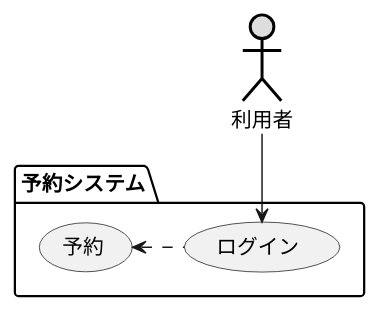
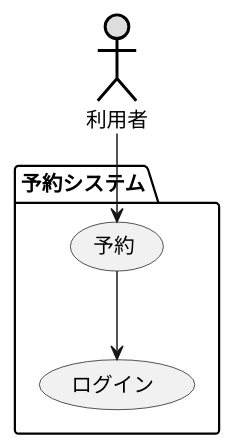
Before and after one commit to github-use-a/uml-introduction: the diagram in 演習2-3_ホテル宿泊予約.pu, drawn with PlantUML.

Commit message:
作成

```diff
--- a/演習2-3_ホテル宿泊予約.pu
+++ b/演習2-3_ホテル宿泊予約.pu
@@ -1,10 +1,10 @@
 @startuml ユースケース図
 ' left to right direction
 actor 利用者#DDDDDD;line:black;line.bold;
 package 予約システム{
 usecase ログイン
 usecase 予約
 }
-利用者--> ログイン
-予約 <. ログイン 
+利用者--> 予約
+予約--> ログイン 
 @enduml
```
